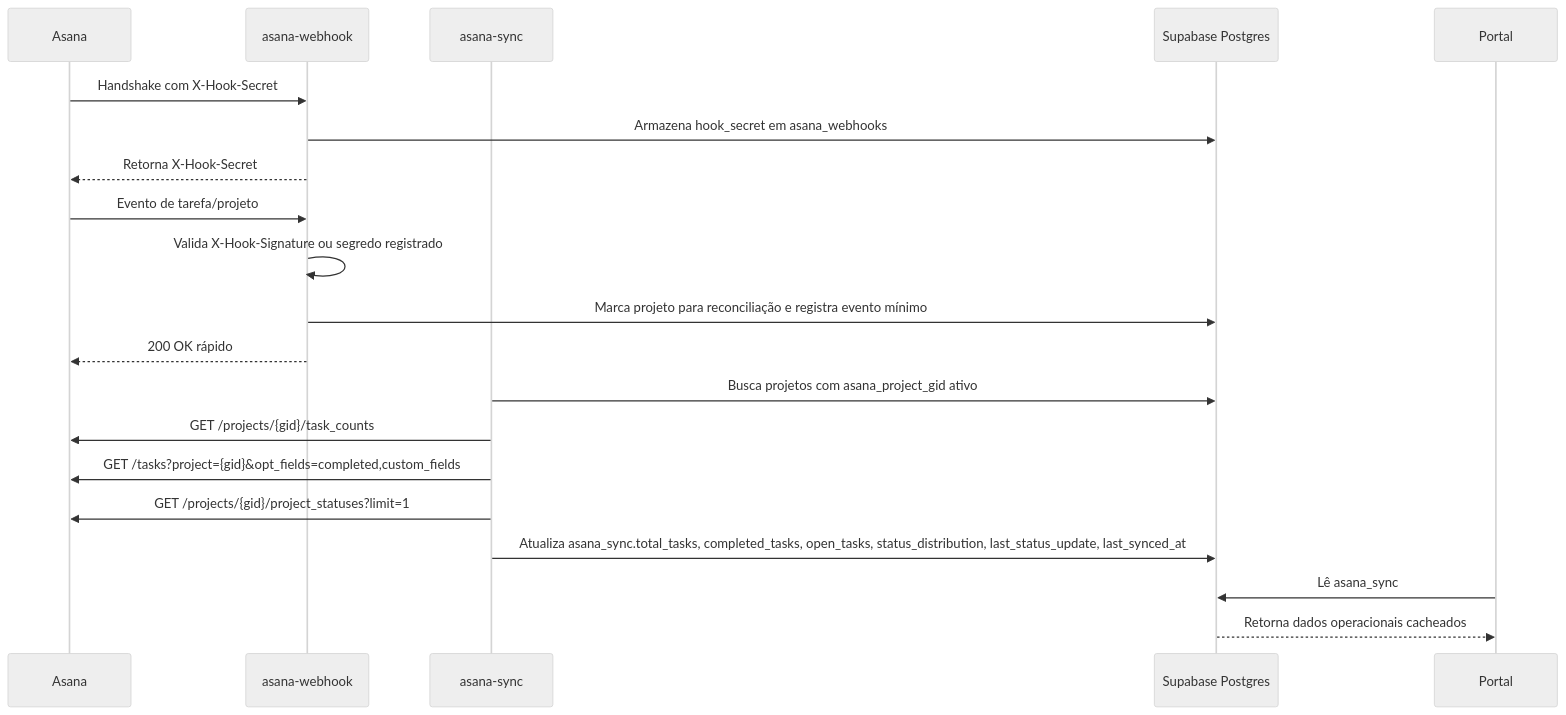
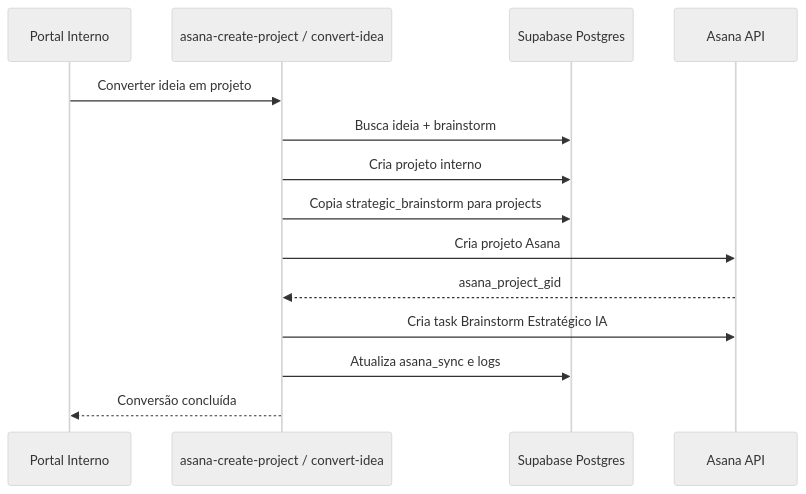
The third of 5 diagrams in design-tecnico-rennova-spark-hub.md (phablo-tavares/documentacao_portal_inovacao), drawn with Mermaid (neutral theme) before and after one commit. The commit also changed other lines of this file and 3 other files, not shown here.

Commit message:
docs: consolida brainstorm estratégico IA na documentação

````diff
--- a/design-tecnico-rennova-spark-hub.md
+++ b/design-tecnico-rennova-spark-hub.md
@@ -274,26 +125,17 @@
 ```mermaid
 sequenceDiagram
-    participant Asana
-    participant Webhook as asana-webhook
-    participant Sync as asana-sync
-    participant DB as Supabase Postgres
-    participant Portal
+  participant UI as Portal Interno
+  participant EF as asana-create-project / convert-idea
+  participant DB as Supabase Postgres
+  participant AS as Asana API
 
-    Asana->>Webhook: Handshake com X-Hook-Secret
-    Webhook->>DB: Armazena hook_secret em asana_webhooks
-    Webhook-->>Asana: Retorna X-Hook-Secret
-
-    Asana->>Webhook: Evento de tarefa/projeto
-    Webhook->>Webhook: Valida X-Hook-Signature ou segredo registrado
-    Webhook->>DB: Marca projeto para reconciliação e registra evento mínimo
-    Webhook-->>Asana: 200 OK rápido
-
-    Sync->>DB: Busca projetos com asana_project_gid ativo
-    Sync->>Asana: GET /projects/{gid}/task_counts
-    Sync->>Asana: GET /tasks?project={gid}&opt_fields=completed,custom_fields
-    Sync->>Asana: GET /projects/{gid}/project_statuses?limit=1
-    Sync->>DB: Atualiza asana_sync.total_tasks, completed_tasks, open_tasks, status_distribution, last_status_update, last_synced_at
-
-    Portal->>DB: Lê asana_sync
-    DB-->>Portal: Retorna dados operacionais cacheados
+  UI->>EF: Converter ideia em projeto
+  EF->>DB: Busca ideia + brainstorm
+  EF->>DB: Cria projeto interno
+  EF->>DB: Copia strategic_brainstorm para projects
+  EF->>AS: Cria projeto Asana
+  AS-->>EF: asana_project_gid
+  EF->>AS: Cria task Brainstorm Estratégico IA
+  EF->>DB: Atualiza asana_sync e logs
+  EF-->>UI: Conversão concluída
 ```
````
